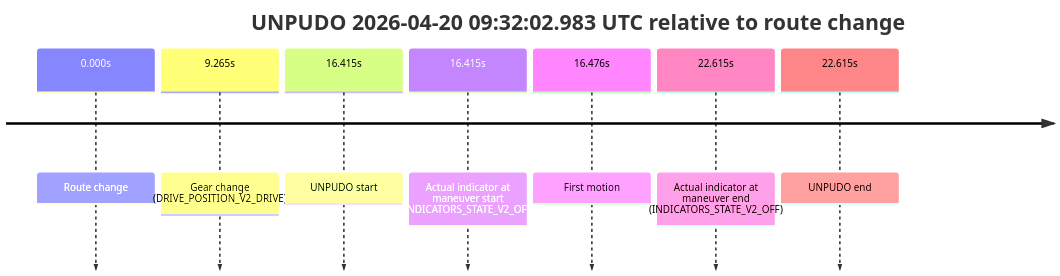
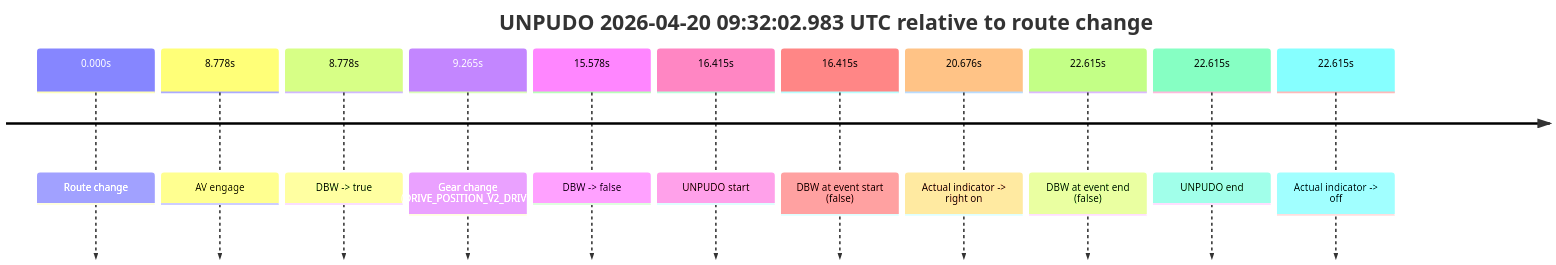
Before and after one commit to yoelshapiro/vault: the sixth of 8 diagrams in model_analysis/report_cards/2026/04/Week-4/fme20007--2026-04-20--08-33-29--gen2-av-606e1613-95e0-41ca-aff3-36aa6590a0a1.md, drawn with Mermaid. The commit also changed other lines of this file and 85 other files, not shown here.

````diff
--- a/model_analysis/report_cards/2026/04/Week-4/fme20007--2026-04-20--08-33-29--gen2-av-606e1613-95e0-41ca-aff3-36aa6590a0a1.md
+++ b/model_analysis/report_cards/2026/04/Week-4/fme20007--2026-04-20--08-33-29--gen2-av-606e1613-95e0-41ca-aff3-36aa6590a0a1.md
@@ -462,11 +513,15 @@
 ```mermaid
 timeline
     title UNPUDO 2026-04-20 09:32:02.983 UTC relative to route change
     0.000s : Route change
+    8.778s : AV engage
+    8.778s : DBW -> true
     9.265s : Gear change (DRIVE_POSITION_V2_DRIVE)
+    15.578s : DBW -> false
     16.415s : UNPUDO start
-    16.415s : Actual indicator at maneuver start (INDICATORS_STATE_V2_OFF)
-    16.476s : First motion
-    22.615s : Actual indicator at maneuver end (INDICATORS_STATE_V2_OFF)
+    16.415s : DBW at event start (false)
+    20.676s : Actual indicator -> right on
+    22.615s : DBW at event end (false)
     22.615s : UNPUDO end
+    22.615s : Actual indicator -> off
 ```
````
